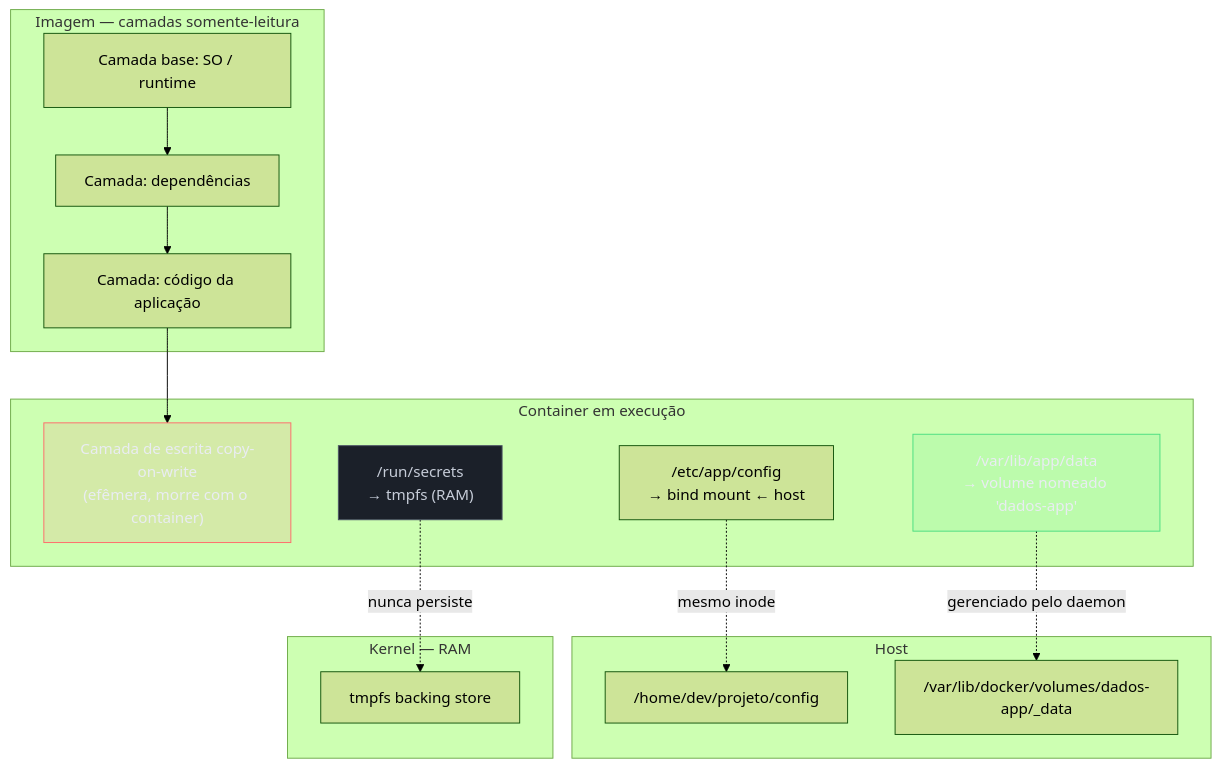
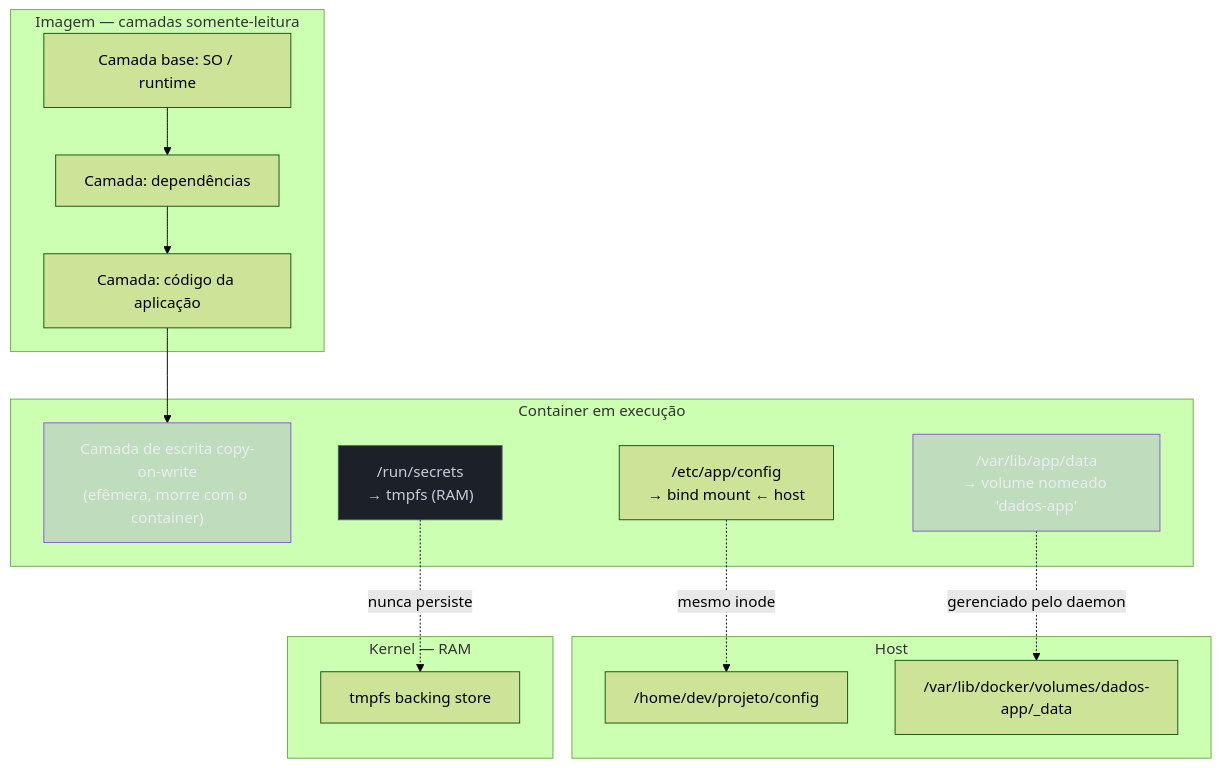
The first of 2 diagrams in 03-Dominios/Tecnologia/Infraestrutura/Docker/06 - Dados que sobrevivem ao container.md (josenaldo/codex-technomanticus), drawn with Mermaid (forest theme) before and after one commit. The commit also changed other lines of this file and 601 other files, not shown here.

````diff
--- a/03-Dominios/Tecnologia/Infraestrutura/Docker/06 - Dados que sobrevivem ao container.md
+++ b/03-Dominios/Tecnologia/Infraestrutura/Docker/06 - Dados que sobrevivem ao container.md
@@ -130,37 +130,36 @@
 ```mermaid
 flowchart TB
-    classDef falha fill:#FF6B6B24,stroke:#FF6B6B,color:#E9ECF2
+    classDef marca fill:#8855DF33,stroke:#8855DF,color:#E9ECF2
     classDef neutro fill:#1B2029,stroke:#4E5666,color:#C6CCD8
-    classDef ok fill:#4ADE8021,stroke:#4ADE80,color:#E9ECF2
     subgraph Imagem["Imagem — camadas somente-leitura"]
         L1["Camada base: SO / runtime"]
         L2["Camada: dependências"]
         L3["Camada: código da aplicação"]
     end
 
     subgraph Runtime["Container em execução"]
         RW["Camada de escrita copy-on-write<br/>(efêmera, morre com o container)"]
         V["/var/lib/app/data<br/>→ volume nomeado 'dados-app'"]
         B["/etc/app/config<br/>→ bind mount ← host"]
         T["/run/secrets<br/>→ tmpfs (RAM)"]
     end
 
     L1 --> L2 --> L3 --> RW
 
     subgraph Host["Host"]
         HostPath["/home/dev/projeto/config"]
         DockerVol["/var/lib/docker/volumes/dados-app/_data"]
     end
 
     subgraph Kernel["Kernel — RAM"]
         RAM["tmpfs backing store"]
     end
 
     V -.gerenciado pelo daemon.-> DockerVol
     B -.mesmo inode.-> HostPath
     T -.nunca persiste.-> RAM
 
-    class RW falha
+    class RW marca
     class T neutro
-    class V ok
+    class V marca
 ```
````
